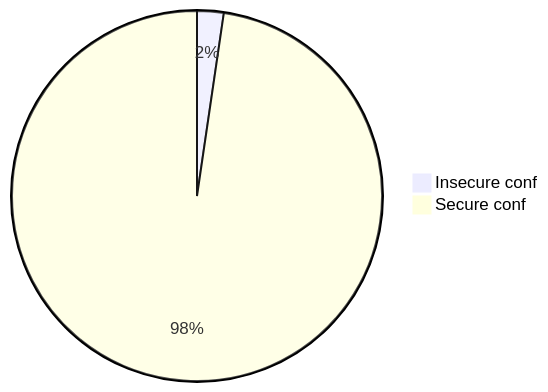
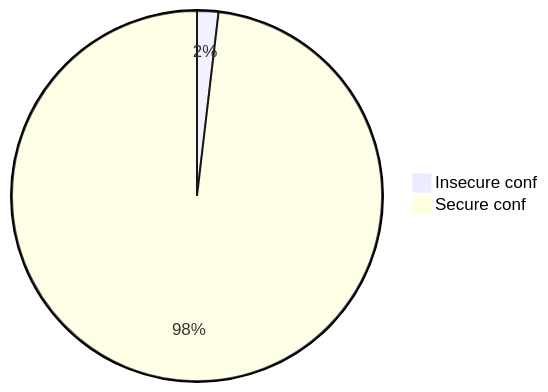
One commit to oshp/oshp-stats changed diagram 19 of 22 in stats.md. Above: the diagram before and after it, drawn with Mermaid. The commit also changed other lines of this file, not shown here.

````diff
--- a/stats.md
+++ b/stats.md
@@ -226,6 +226,6 @@
 ```mermaid
 pie
-	"Insecure conf" : 2.32
-	"Secure conf" : 97.68
+	"Insecure conf" : 1.86
+	"Secure conf" : 98.14
 
 ```
````
